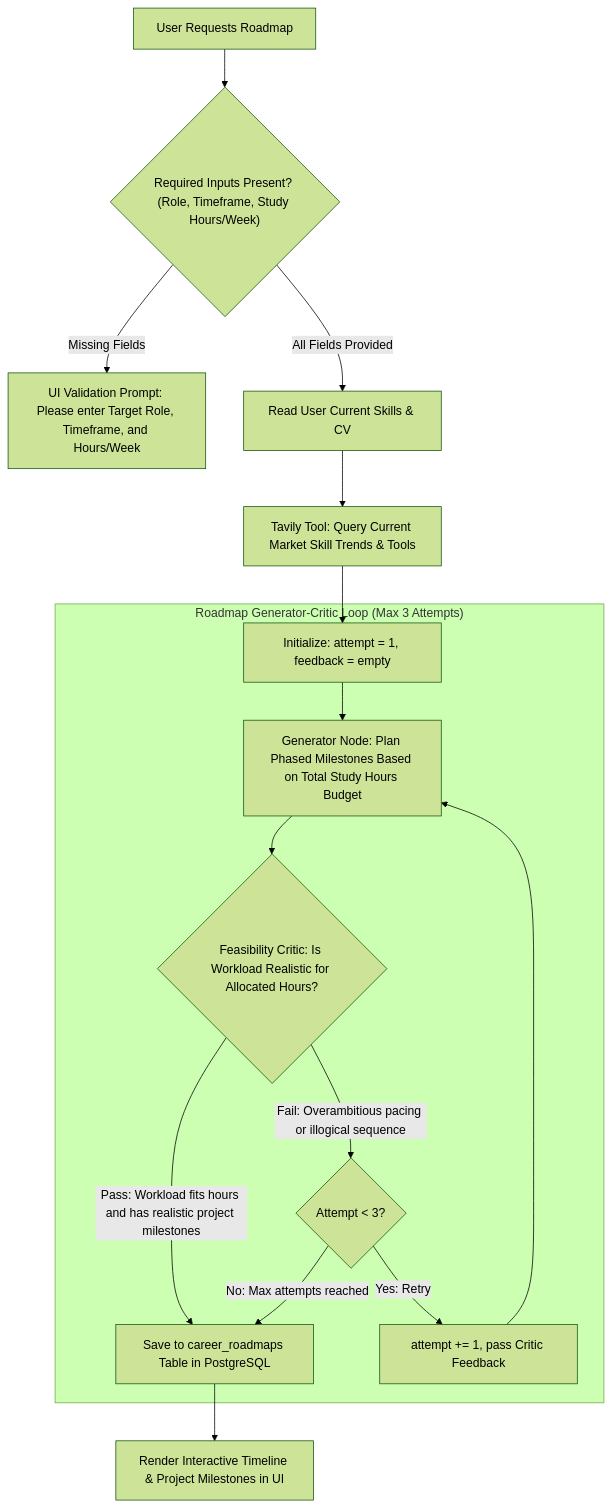
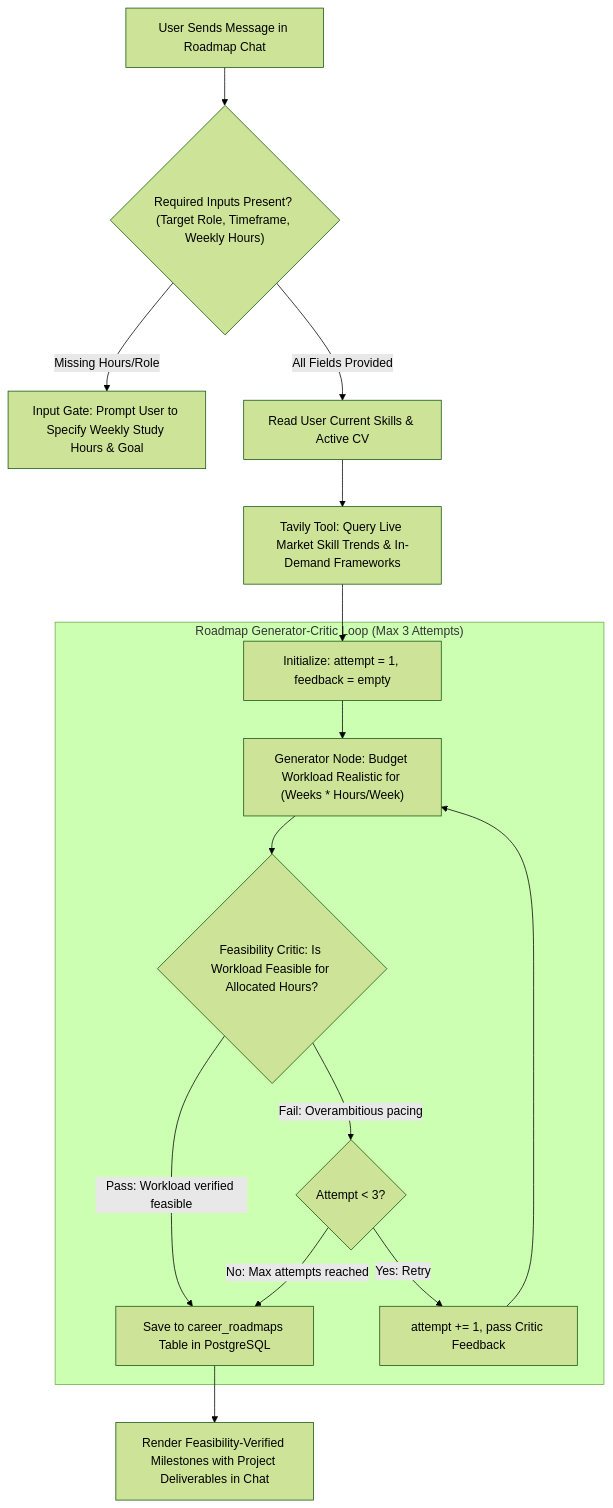
The ninth of 9 diagrams in docs/architecture_flowcharts.md (Mostafa710/career-copilot), drawn with Mermaid (forest theme) before and after one commit. The commit also changed other lines of this file and 2 other files, not shown here.

Commit message:
docs: synchronize README, implementation plan, and architecture flowcharts with exact multi-agent implementations

````diff
--- a/docs/architecture_flowcharts.md
+++ b/docs/architecture_flowcharts.md
@@ -315,24 +223,24 @@
 ```mermaid
 flowchart TD
-    UserReq["User Requests Roadmap"] --> CheckInputs{"Required Inputs Present? (Role, Timeframe, Study Hours/Week)"}
+    UserReq["User Sends Message in Roadmap Chat"] --> CheckInputs{"Required Inputs Present? (Target Role, Timeframe, Weekly Hours)"}
     
-    CheckInputs -->|Missing Fields| PromptUser["UI Validation Prompt: Please enter Target Role, Timeframe, and Hours/Week"]
+    CheckInputs -->|Missing Hours/Role| PromptUser["Input Gate: Prompt User to Specify Weekly Study Hours & Goal"]
     
-    CheckInputs -->|All Fields Provided| LoadProfile["Read User Current Skills & CV"]
+    CheckInputs -->|All Fields Provided| LoadProfile["Read User Current Skills & Active CV"]
     
-    LoadProfile --> SearchTrends["Tavily Tool: Query Current Market Skill Trends & Tools"]
+    LoadProfile --> SearchTrends["Tavily Tool: Query Live Market Skill Trends & In-Demand Frameworks"]
     SearchTrends --> InitRoadmapAttempt["Initialize: attempt = 1, feedback = empty"]
     
     subgraph FeasibilityCriticLoop ["Roadmap Generator-Critic Loop (Max 3 Attempts)"]
-        InitRoadmapAttempt --> GenRoadmap["Generator Node: Plan Phased Milestones Based on Total Study Hours Budget"]
-        GenRoadmap --> FeasibilityCritic{"Feasibility Critic: Is Workload Realistic for Allocated Hours?"}
+        InitRoadmapAttempt --> GenRoadmap["Generator Node: Budget Workload Realistic for (Weeks * Hours/Week)"]
+        GenRoadmap --> FeasibilityCritic{"Feasibility Critic: Is Workload Feasible for Allocated Hours?"}
         
-        FeasibilityCritic -->|Pass: Workload fits hours and has realistic project milestones| SaveRoadmap["Save to career_roadmaps Table in PostgreSQL"]
-        FeasibilityCritic -->|Fail: Overambitious pacing or illogical sequence| CheckRoadmapAttempts{"Attempt < 3?"}
+        FeasibilityCritic -->|Pass: Workload verified feasible| SaveRoadmap["Save to career_roadmaps Table in PostgreSQL"]
+        FeasibilityCritic -->|Fail: Overambitious pacing| CheckRoadmapAttempts{"Attempt < 3?"}
         
         CheckRoadmapAttempts -->|Yes: Retry| IncrementRoadmap["attempt += 1, pass Critic Feedback"] --> GenRoadmap
         CheckRoadmapAttempts -->|No: Max attempts reached| SaveRoadmap
     end
     
-    SaveRoadmap --> RenderRoadmap["Render Interactive Timeline & Project Milestones in UI"]
+    SaveRoadmap --> RenderRoadmap["Render Feasibility-Verified Milestones with Project Deliverables in Chat"]
 ```
````
